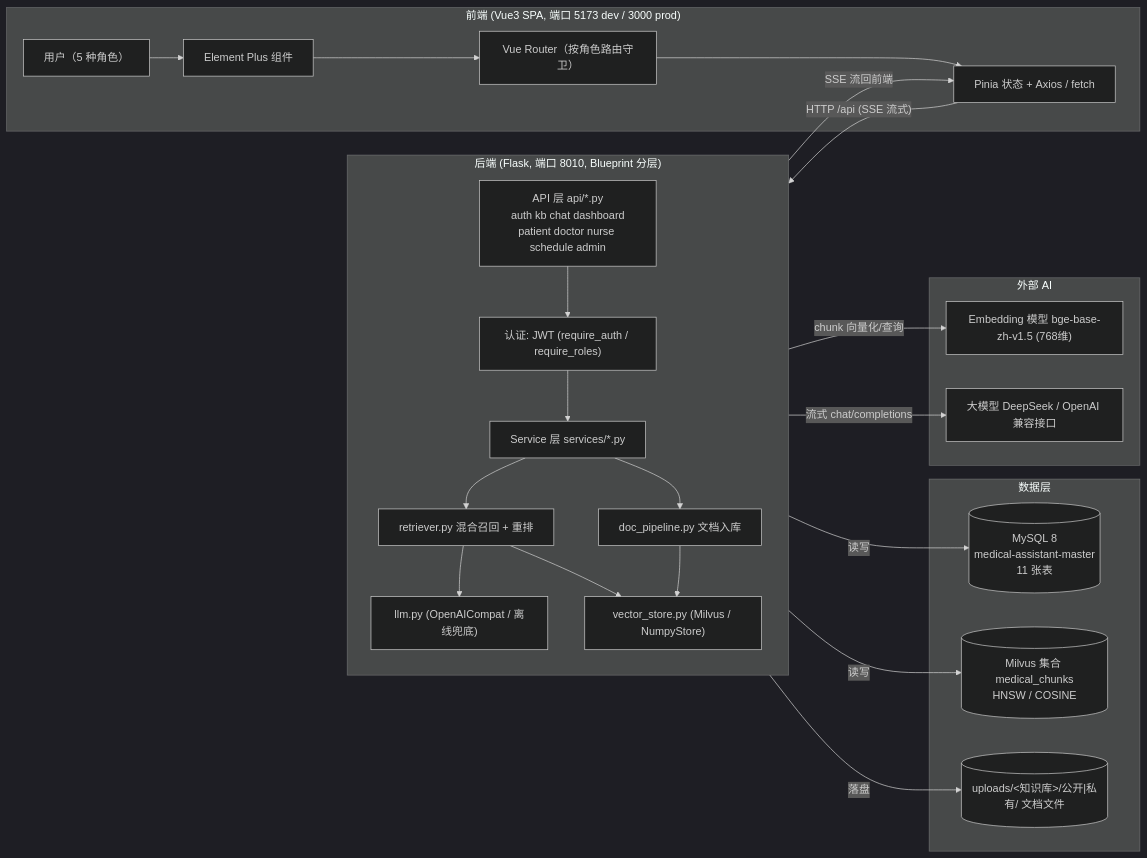
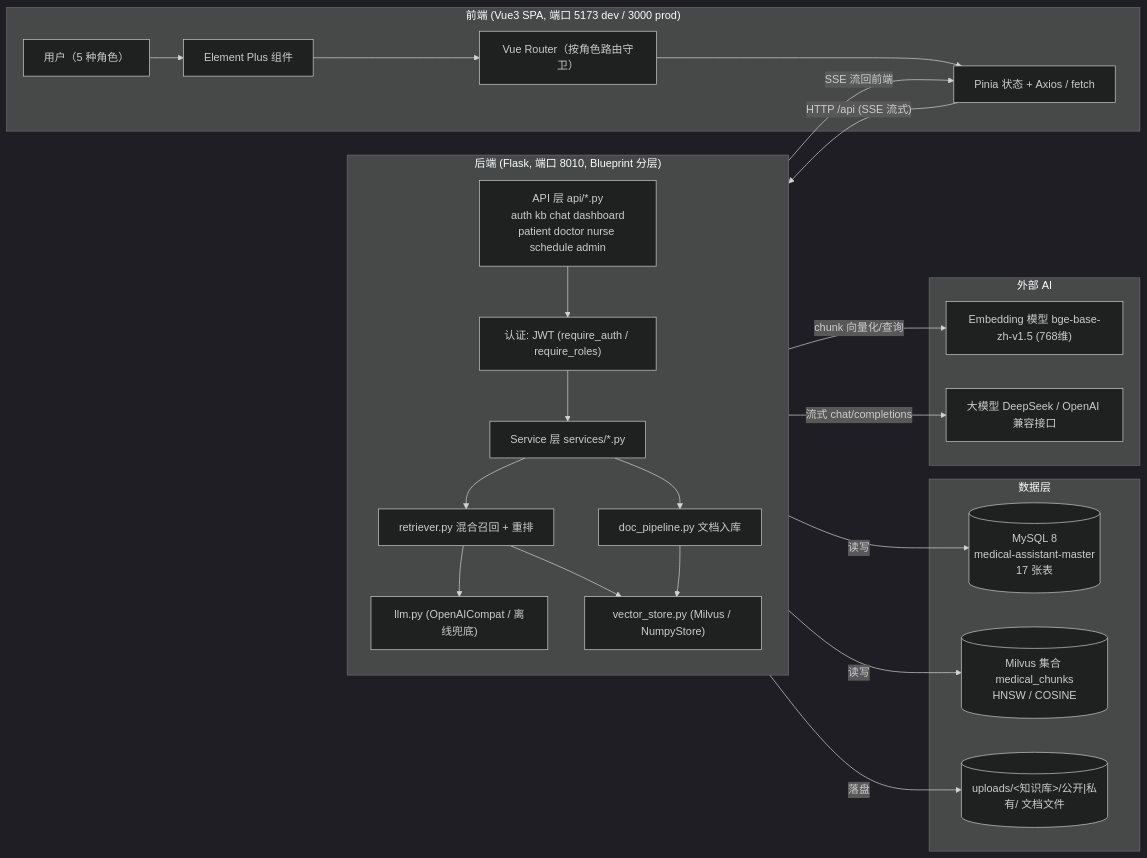
One commit to SFANBLOG/medical-assistant-master changed the first of 9 diagrams in 面试准备/项目架构图与流程图.md. Above: the diagram before and after it, drawn with Mermaid (dark theme). The commit also changed other lines of this file and 359 other files, not shown here.

````diff
--- a/面试准备/项目架构图与流程图.md
+++ b/面试准备/项目架构图与流程图.md
@@ -18,46 +18,46 @@
 ```mermaid
 flowchart LR
     subgraph Client["前端 (Vue3 SPA, 端口 5173 dev / 3000 prod)"]
         U["用户（5 种角色）"]
         UI["Element Plus 组件"]
         R["Vue Router（按角色路由守卫）"]
         A["Pinia 状态 + Axios / fetch"]
     end
 
     subgraph Server["后端 (Flask, 端口 8010, Blueprint 分层)"]
         direction TB
         API["API 层 api/*.py<br/>auth kb chat dashboard<br/>patient doctor nurse schedule admin"]
         AUTH["认证: JWT (require_auth / require_roles)"]
         SVC["Service 层 services/*.py"]
         RET["retriever.py 混合召回 + 重排"]
         PIPE["doc_pipeline.py 文档入库"]
         LLM["llm.py (OpenAICompat / 离线兜底)"]
         STORE["vector_store.py (Milvus / NumpyStore)"]
         API --> AUTH --> SVC
         SVC --> RET
         SVC --> PIPE
         RET --> LLM
         RET --> STORE
         PIPE --> STORE
     end
 
     subgraph Data["数据层"]
-        DB[("MySQL 8<br/>medical-assistant-master<br/>11 张表")]
+        DB[("MySQL 8<br/>medical-assistant-master<br/>17 张表")]
         VEC[("Milvus 集合 medical_chunks<br/>HNSW / COSINE")]
         FS[("uploads/<知识库>/公开|私有/ 文档文件")]
     end
 
     subgraph External["外部 AI"]
         EMB["Embedding 模型 bge-base-zh-v1.5 (768维)"]
         CHAT["大模型 DeepSeek / OpenAI 兼容接口"]
     end
 
     U --> UI --> R --> A
     A -- " HTTP /api (SSE 流式) " --> API
     SVC -- " 读写 " --> DB
     STORE -- " 读写 " --> VEC
     PIPE -- " 落盘 " --> FS
     RET -- " chunk 向量化/查询 " --> EMB
     LLM -- " 流式 chat/completions " --> CHAT
     API -- " SSE 流回前端 " --> A
 ```
````
